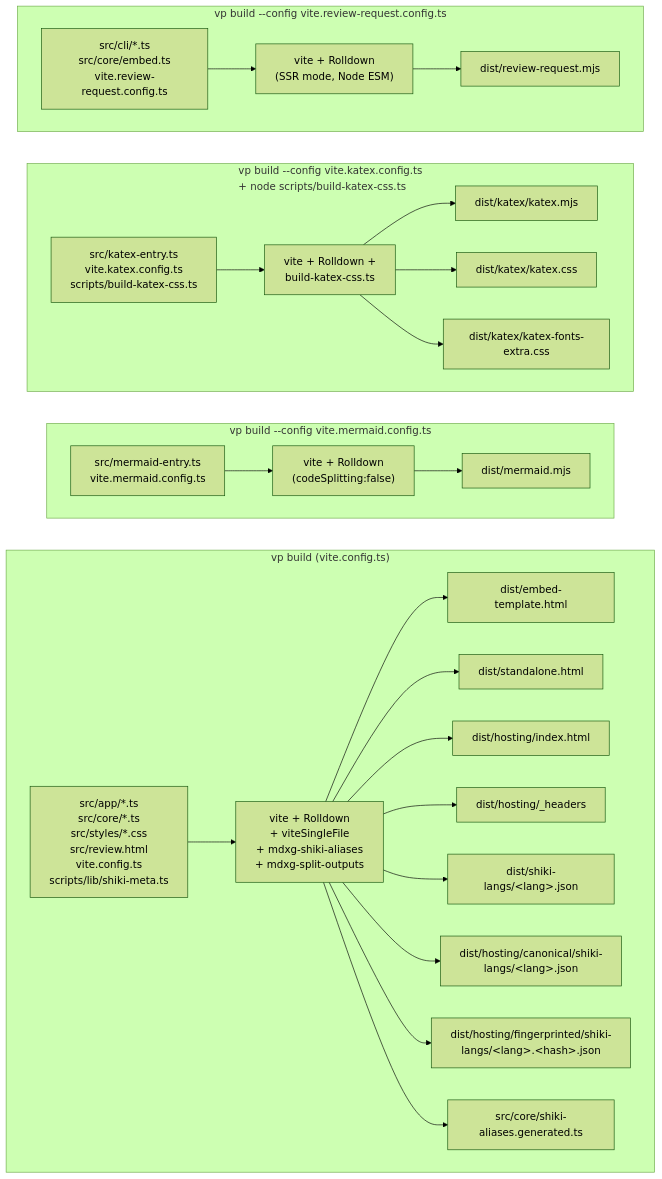
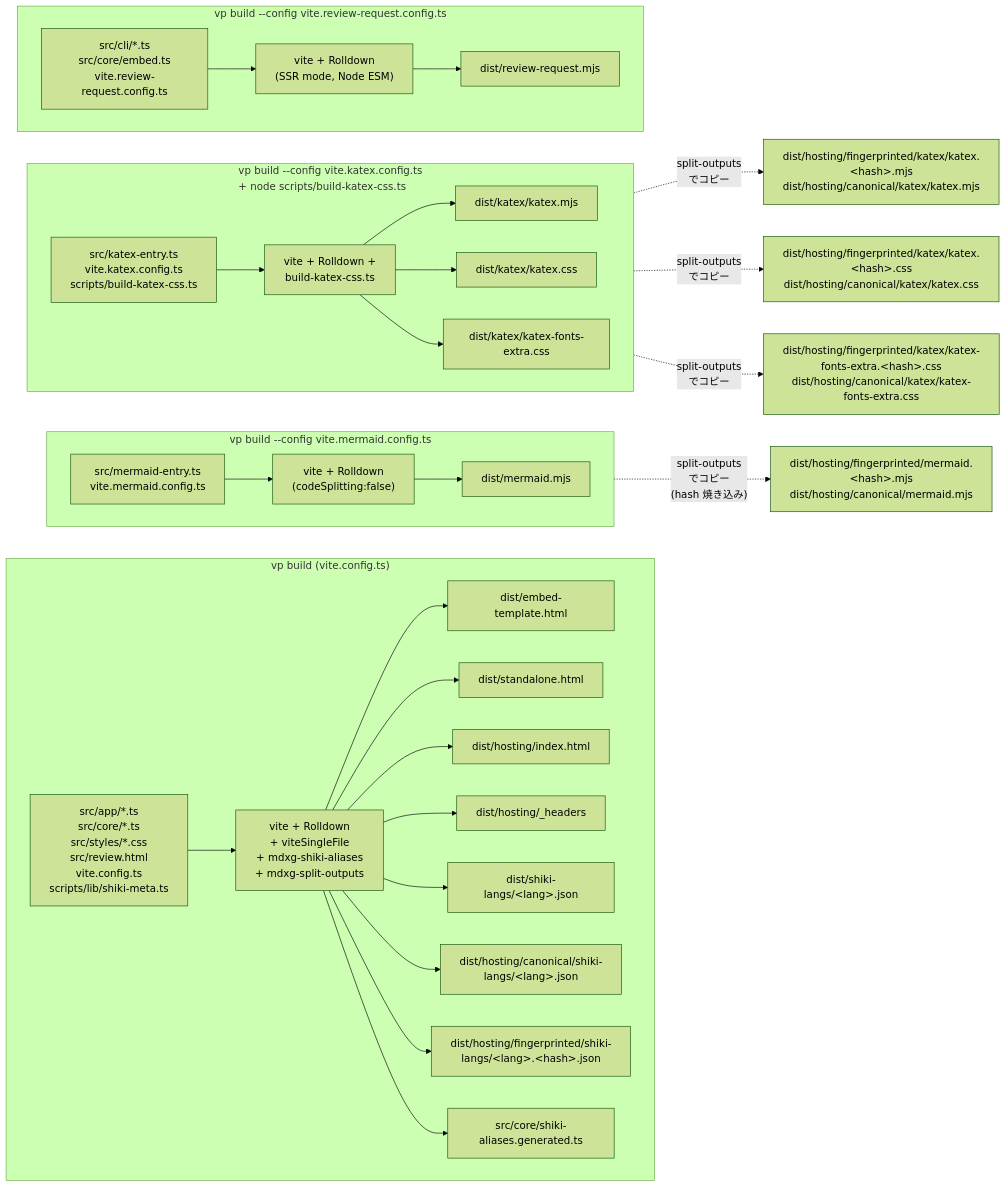
The second of 2 diagrams in docs/DESIGN.md (oubakiou/mdxg-redline), drawn with Mermaid (forest theme) before and after one commit. The commit also changed other lines of this file and 11 other files, not shown here.

````diff
--- a/docs/DESIGN.md
+++ b/docs/DESIGN.md
@@ -986,38 +1027,42 @@
 ```mermaid
 flowchart LR
     subgraph C1["vp build (vite.config.ts)"]
         direction LR
         I1["src/app/*.ts<br/>src/core/*.ts<br/>src/styles/*.css<br/>src/review.html<br/>vite.config.ts<br/>scripts/lib/shiki-meta.ts"]
         B1["vite + Rolldown<br/>+ viteSingleFile<br/>+ mdxg-shiki-aliases<br/>+ mdxg-split-outputs"]
         I1 --> B1
         B1 --> O1a["dist/embed-template.html"]
         B1 --> O1b["dist/standalone.html"]
         B1 --> O1e["dist/hosting/index.html"]
         B1 --> O1f["dist/hosting/_headers"]
         B1 --> O1c["dist/shiki-langs/&lt;lang&gt;.json"]
         B1 --> O1g["dist/hosting/canonical/shiki-langs/&lt;lang&gt;.json"]
         B1 --> O1h["dist/hosting/fingerprinted/shiki-langs/&lt;lang&gt;.&lt;hash&gt;.json"]
         B1 --> O1d["src/core/shiki-aliases.generated.ts"]
     end
     subgraph C2["vp build --config vite.mermaid.config.ts"]
         direction LR
         I2["src/mermaid-entry.ts<br/>vite.mermaid.config.ts"]
         B2["vite + Rolldown<br/>(codeSplitting:false)"]
         I2 --> B2 --> O2["dist/mermaid.mjs"]
     end
     subgraph C3["vp build --config vite.katex.config.ts<br/>+ node scripts/build-katex-css.ts"]
         direction LR
         I3["src/katex-entry.ts<br/>vite.katex.config.ts<br/>scripts/build-katex-css.ts"]
         B3["vite + Rolldown +<br/>build-katex-css.ts"]
         I3 --> B3
         B3 --> O3a["dist/katex/katex.mjs"]
         B3 --> O3b["dist/katex/katex.css"]
         B3 --> O3c["dist/katex/katex-fonts-extra.css"]
     end
+    O2 -. "split-outputs<br/>でコピー<br/>(hash 焼き込み)" .-> O1i["dist/hosting/fingerprinted/mermaid.&lt;hash&gt;.mjs<br/>dist/hosting/canonical/mermaid.mjs"]
+    O3a -. "split-outputs<br/>でコピー" .-> O1j["dist/hosting/fingerprinted/katex/katex.&lt;hash&gt;.mjs<br/>dist/hosting/canonical/katex/katex.mjs"]
+    O3b -. "split-outputs<br/>でコピー" .-> O1k["dist/hosting/fingerprinted/katex/katex.&lt;hash&gt;.css<br/>dist/hosting/canonical/katex/katex.css"]
+    O3c -. "split-outputs<br/>でコピー" .-> O1l["dist/hosting/fingerprinted/katex/katex-fonts-extra.&lt;hash&gt;.css<br/>dist/hosting/canonical/katex/katex-fonts-extra.css"]
     subgraph C4["vp build --config vite.review-request.config.ts"]
         direction LR
         I4["src/cli/*.ts<br/>src/core/embed.ts<br/>vite.review-request.config.ts"]
         B4["vite + Rolldown<br/>(SSR mode, Node ESM)"]
         I4 --> B4 --> O4["dist/review-request.mjs"]
     end
 ```
````
